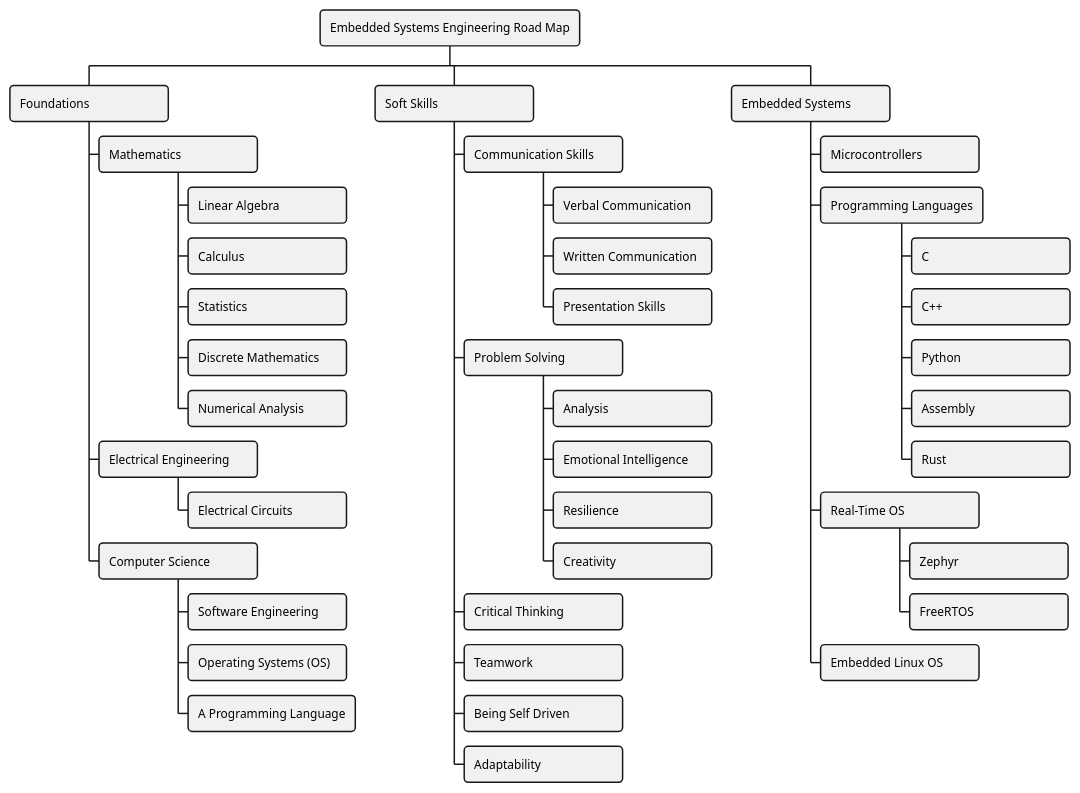
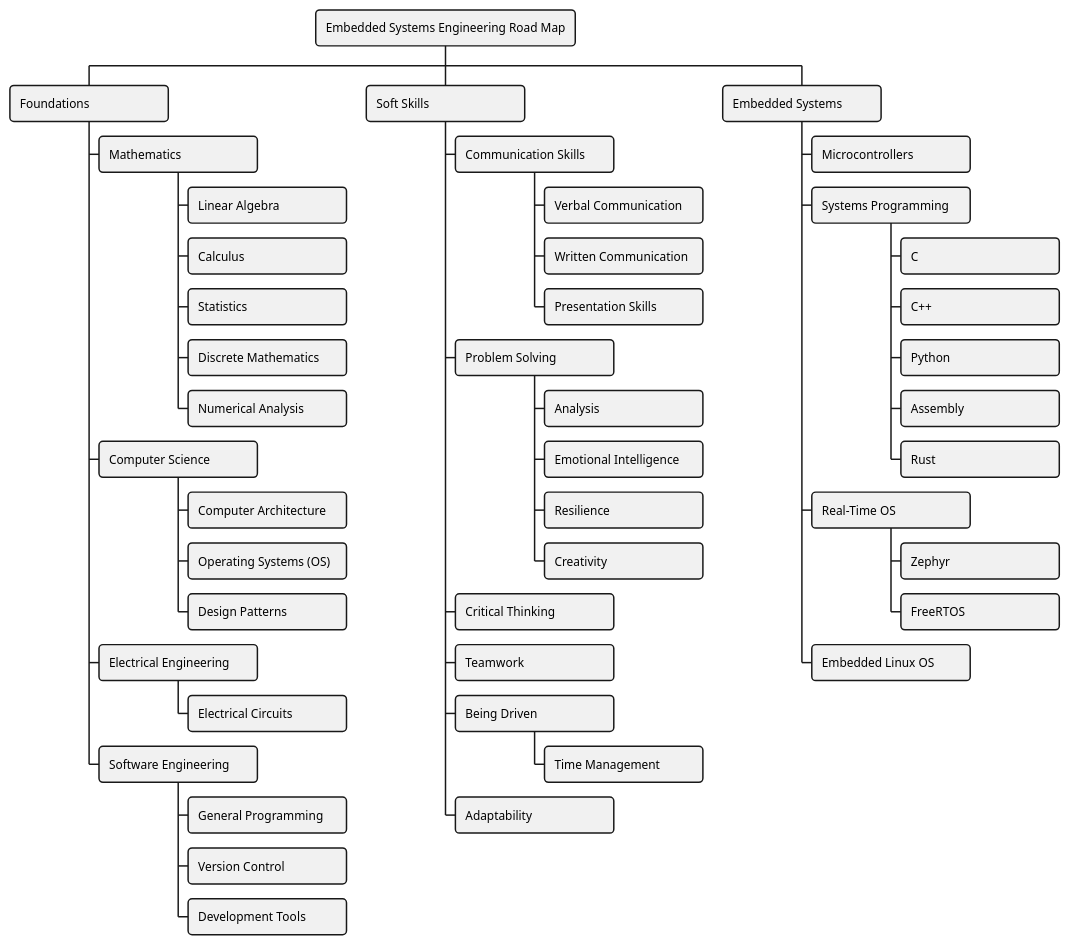
The diagram in resources/road-map.puml (HenrikSamuelsson/embedded-systems-engineering-road-map), drawn with PlantUML before and after one commit.

Commit message:
Add more topics.

```diff
--- a/resources/road-map.puml
+++ b/resources/road-map.puml
@@ -1,49 +1,54 @@
 @startwbs
 <style>
 node {
     MinimumWidth 160
     MaximumWidth 1600
     RoundCorner 8
 }
 </style>
 + Embedded Systems Engineering Road Map
  + Foundations
   + Mathematics
    + Linear Algebra
    + Calculus
    + Statistics
    + Discrete Mathematics
    + Numerical Analysis
+  + Computer Science
+   + Computer Architecture
+   + Operating Systems (OS)
+   + Design Patterns
   + Electrical Engineering
    + Electrical Circuits
-  + Computer Science
-   + Software Engineering
-   + Operating Systems (OS)
-   + A Programming Language
+  + Software Engineering
+   + General Programming
+   + Version Control
+   + Development Tools
  + Soft Skills
   + Communication Skills
    + Verbal Communication
    + Written Communication
    + Presentation Skills
   + Problem Solving
    + Analysis
    + Emotional Intelligence
    + Resilience
    + Creativity
   + Critical Thinking
   + Teamwork
-  + Being Self Driven
+  + Being Driven
+   + Time Management
   + Adaptability
  + Embedded Systems
   + Microcontrollers
-  + Programming Languages
+  + Systems Programming
    + C
    + C++
    + Python
    + Assembly
    + Rust
   + Real-Time OS
    + Zephyr
    + FreeRTOS
   + Embedded Linux OS
 @endwbs
```
